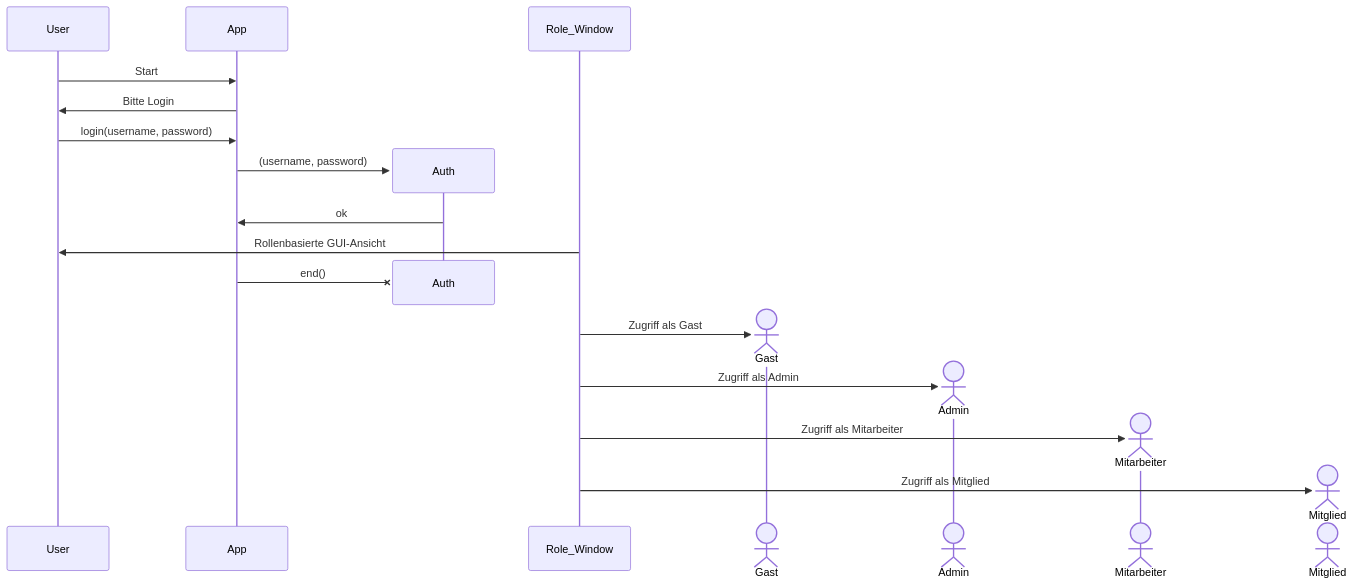
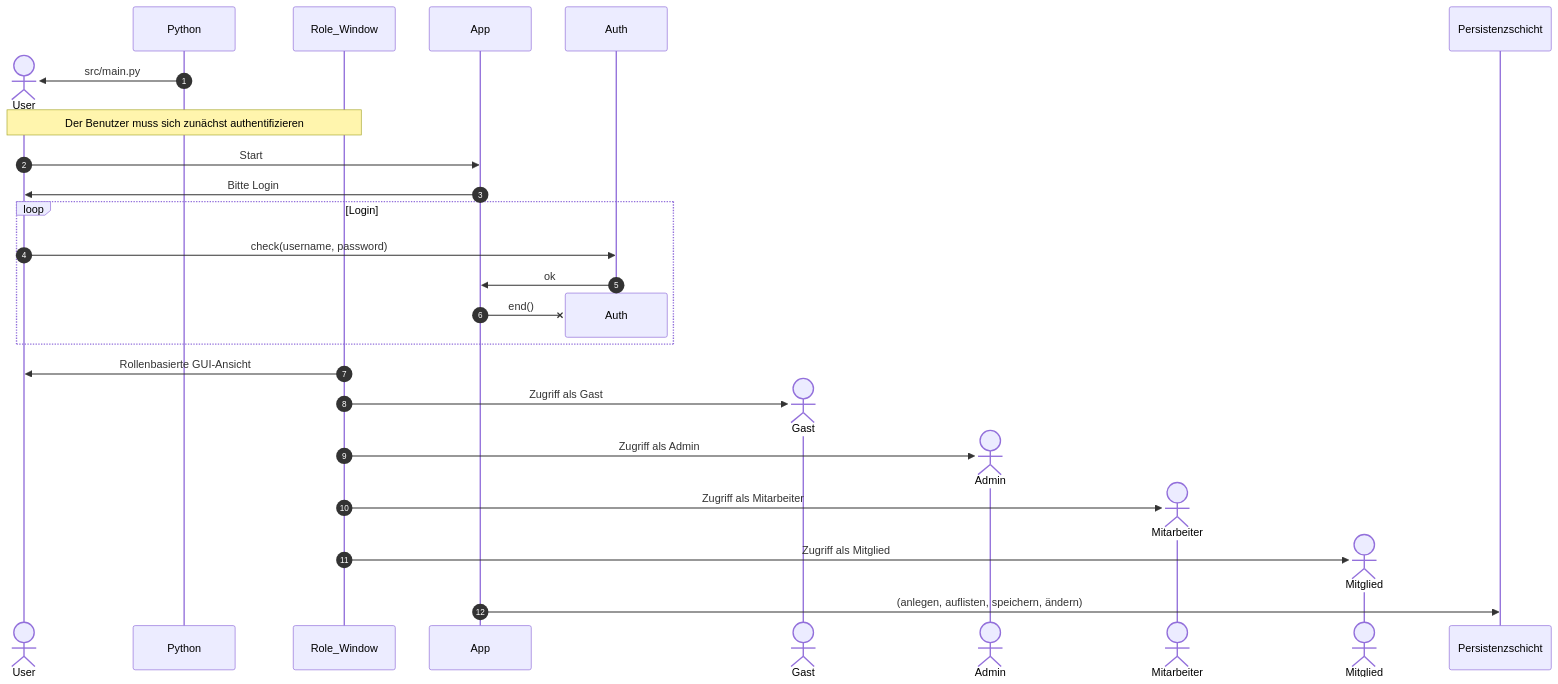
The first of 4 diagrams in src/tech_doc.md (icewomen-hub/customer_calendar), drawn with Mermaid before and after one commit. The commit also changed other lines of this file, not shown here.

Commit message:
Extending technical doq

````diff
--- a/src/tech_doc.md
+++ b/src/tech_doc.md
@@ -2,24 +2,32 @@
 ```mermaid
 sequenceDiagram
+    autonumber
+    create actor User
+    Python->>User: src/main.py
+    Note over User, Role_Window: Der Benutzer muss sich zunächst authentifizieren
     User->>App: Start # Start der Applikation
     App->>User: Bitte Login
-    User->>App: login(username, password)
-    create participant Auth
-    App->>Auth: (username, password)
-    Auth->>App: ok
+    
+    loop Login
+        User->>Auth: check(username, password)
+        Auth->>App: ok
+        
+        destroy Auth
+        App-xAuth: end()
+    
+    end
+   
     Role_Window->>User: Rollenbasierte GUI-Ansicht
-    destroy Auth
-    App-xAuth: end()
-    
     create actor G as Gast
     Role_Window->>G: Zugriff als Gast
     create actor A as Admin
     Role_Window->>A: Zugriff als Admin
     create actor S as Mitarbeiter
     Role_Window->>S: Zugriff als Mitarbeiter
     create actor M as Mitglied
     Role_Window->>M: Zugriff als Mitglied
-
+    participant db as Persistenzschicht
+    App->>db: (anlegen, auflisten, speichern, ändern)
     
     
 ```
````
